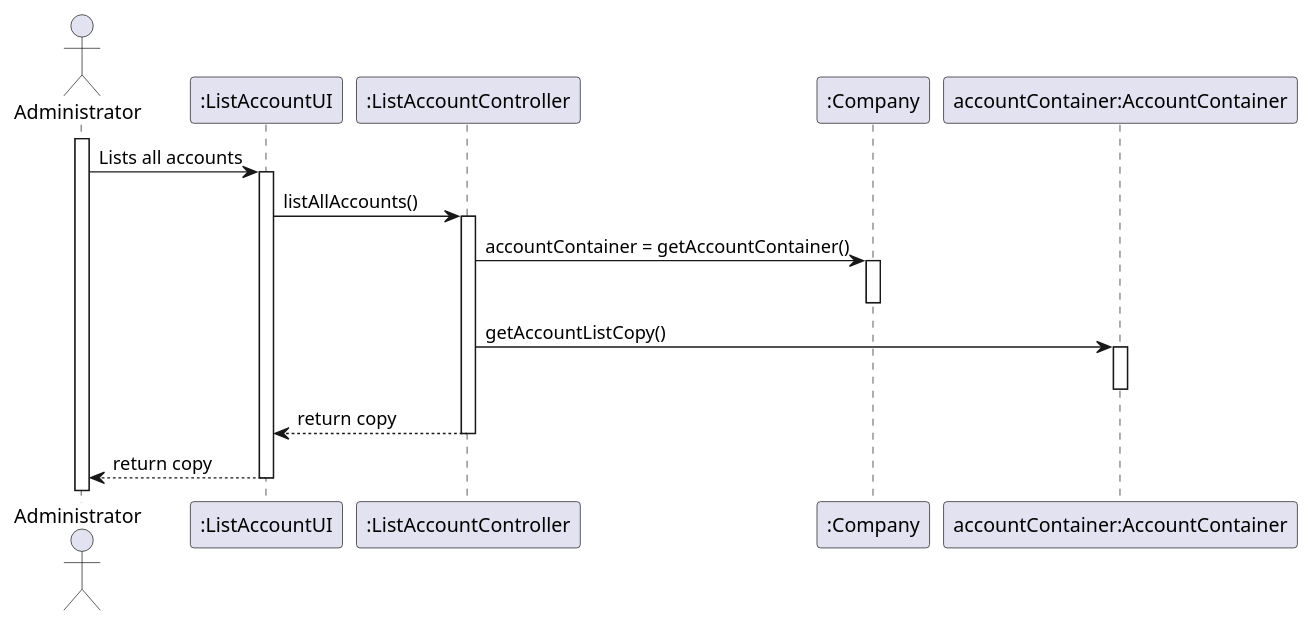
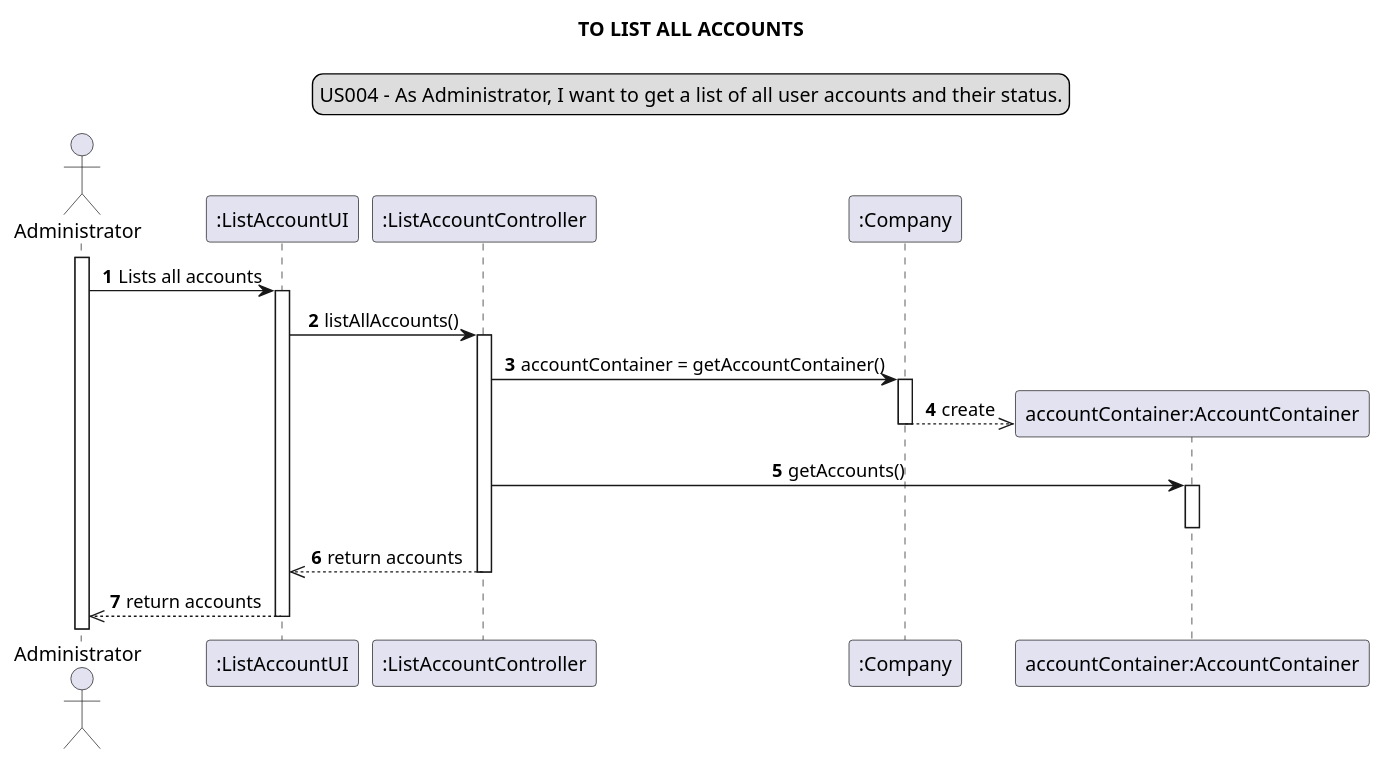
The diagram in docs/modelling_design/user_stories/us004/US004_sequenceDiagram.puml (Loracline/project_switch_22-23), drawn with PlantUML before and after one commit. The commit also changed 10 other files, not shown here.

Commit message:
US001 - US006 : Design : Updated Sequence Diagram. Refined AccountContainer.java , ChangeStatusController.java, Company.java, CompanyTest.java and ProfileContainer.java.

```diff
--- a/docs/modelling_design/user_stories/us004/US004_sequenceDiagram.puml
+++ b/docs/modelling_design/user_stories/us004/US004_sequenceDiagram.puml
@@ -1,25 +1,32 @@
 @startuml
-
+skinparam sequenceMessageAlign center
+title TO LIST ALL ACCOUNTS
+legend top
+US004 - As Administrator, I want to get a list of all user accounts and their status.
+end legend
+autonumber
 actor Administrator
 participant ":ListAccountUI" as ui
 participant ":ListAccountController" as controller
 participant ":Company" as company
 participant "accountContainer:AccountContainer" as container
 
 activate Administrator
 Administrator -> ui: Lists all accounts
 activate ui
 ui -> controller: listAllAccounts()
 activate controller
 controller -> company: accountContainer = getAccountContainer()
 activate company
+create container
+company -->> container: create
 deactivate company
-controller -> container: getAccountListCopy()
+controller -> container: getAccounts()
 activate container
 deactivate container
-controller --> ui: return copy
+controller -->> ui: return accounts
 deactivate controller
-ui --> Administrator: return copy
+ui -->>Administrator: return accounts
 deactivate ui
 
 @enduml
```
